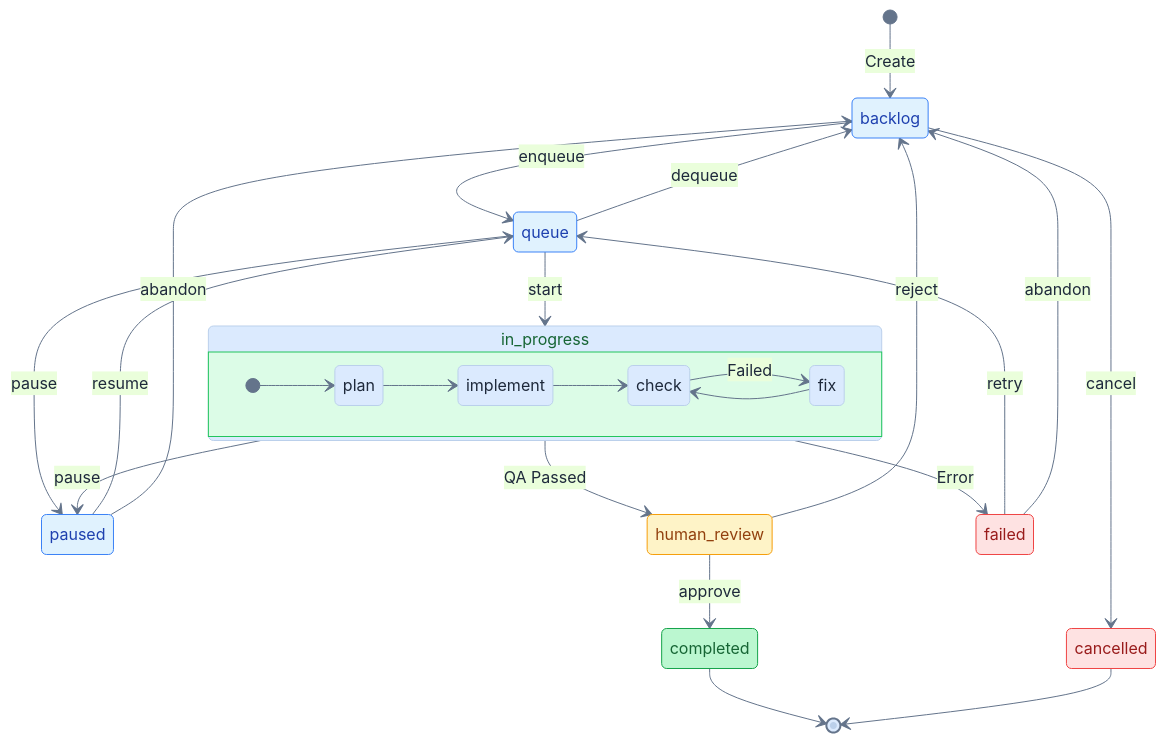
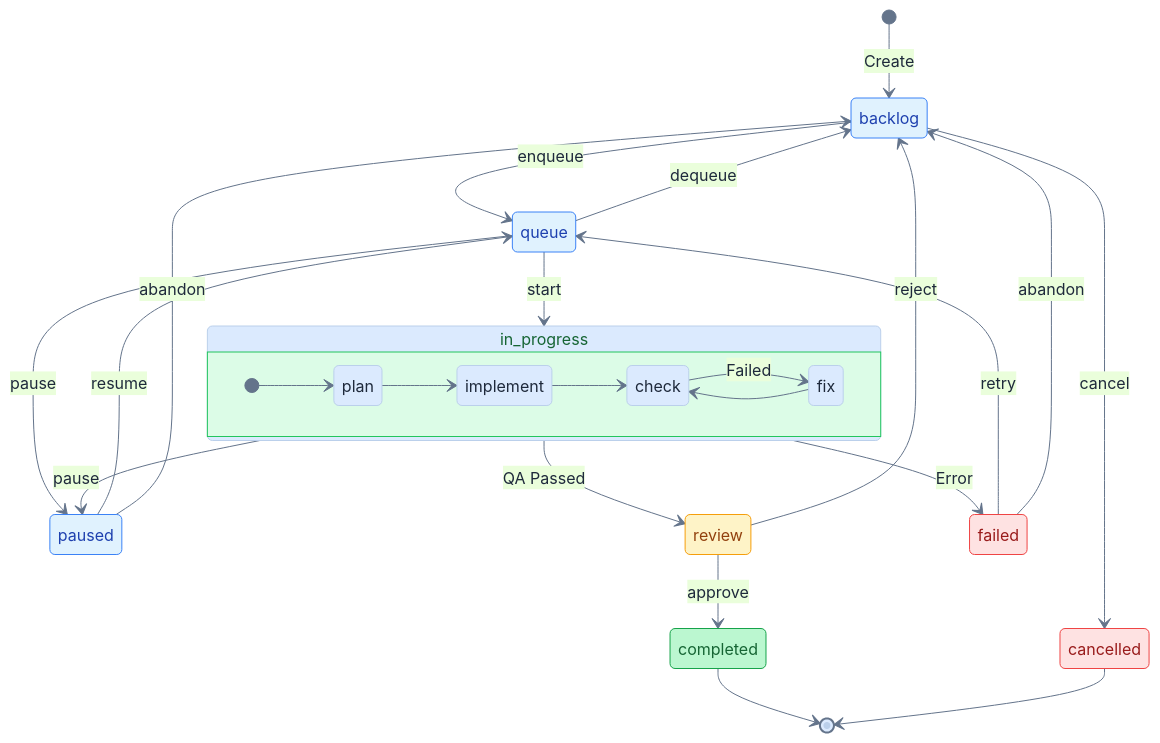
Before and after one commit to LinXueyuanStdio/viben: the diagram in README_EN.md, drawn with Mermaid. The commit also changed other lines of this file and 26 other files, not shown here.

Commit message:
📝 [refactor] Rename "human_review" to "review" across documentation and workflows

````diff
--- a/README_EN.md
+++ b/README_EN.md
@@ -68,49 +68,49 @@
 ```mermaid
 %%{init: {'theme': 'base', 'themeVariables': { 'primaryColor': '#dbeafe', 'lineColor': '#64748b', 'primaryTextColor': '#1e293b'}}}%%
 stateDiagram-v2
     [*] --> backlog: Create
 
     backlog --> queue: enqueue
     backlog --> cancelled: cancel
 
     queue --> in_progress: start
     queue --> backlog: dequeue
     queue --> paused: pause
 
     state in_progress {
         direction LR
         [*] --> plan
         plan --> implement
         implement --> check
         check --> fix: Failed
         fix --> check
     }
 
-    in_progress --> human_review: QA Passed
+    in_progress --> review: QA Passed
     in_progress --> paused: pause
     in_progress --> failed: Error
 
     paused --> queue: resume
     paused --> backlog: abandon
 
-    human_review --> completed: approve
-    human_review --> backlog: reject
+    review --> completed: approve
+    review --> backlog: reject
 
     failed --> queue: retry
     failed --> backlog: abandon
 
     completed --> [*]
     cancelled --> [*]
 
     classDef waiting fill:#e0f2fe,stroke:#3b82f6,color:#1e40af
     classDef active fill:#dcfce7,stroke:#22c55e,color:#166534
     classDef review fill:#fef3c7,stroke:#f59e0b,color:#92400e
     classDef done fill:#bbf7d0,stroke:#16a34a,color:#166534
     classDef error fill:#fee2e2,stroke:#ef4444,color:#991b1b
 
     class backlog,queue,paused waiting
     class in_progress active
-    class human_review review
+    class review review
     class completed done
     class failed,cancelled error
 ```
````
